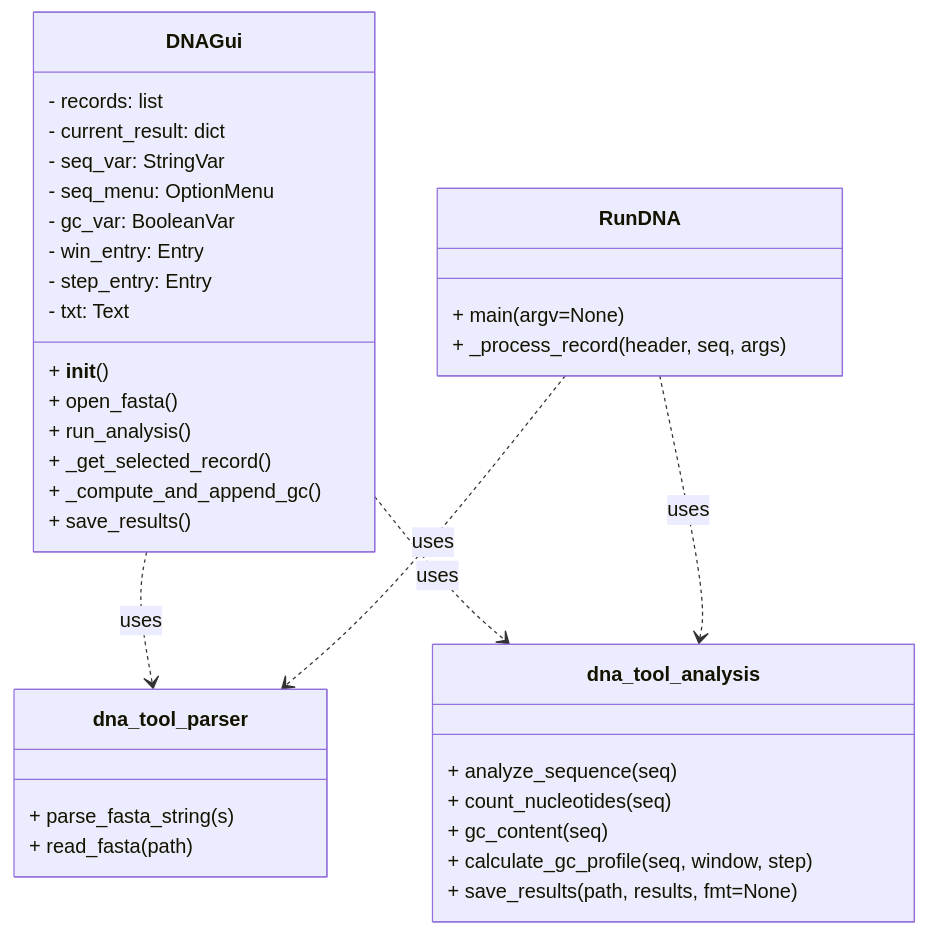
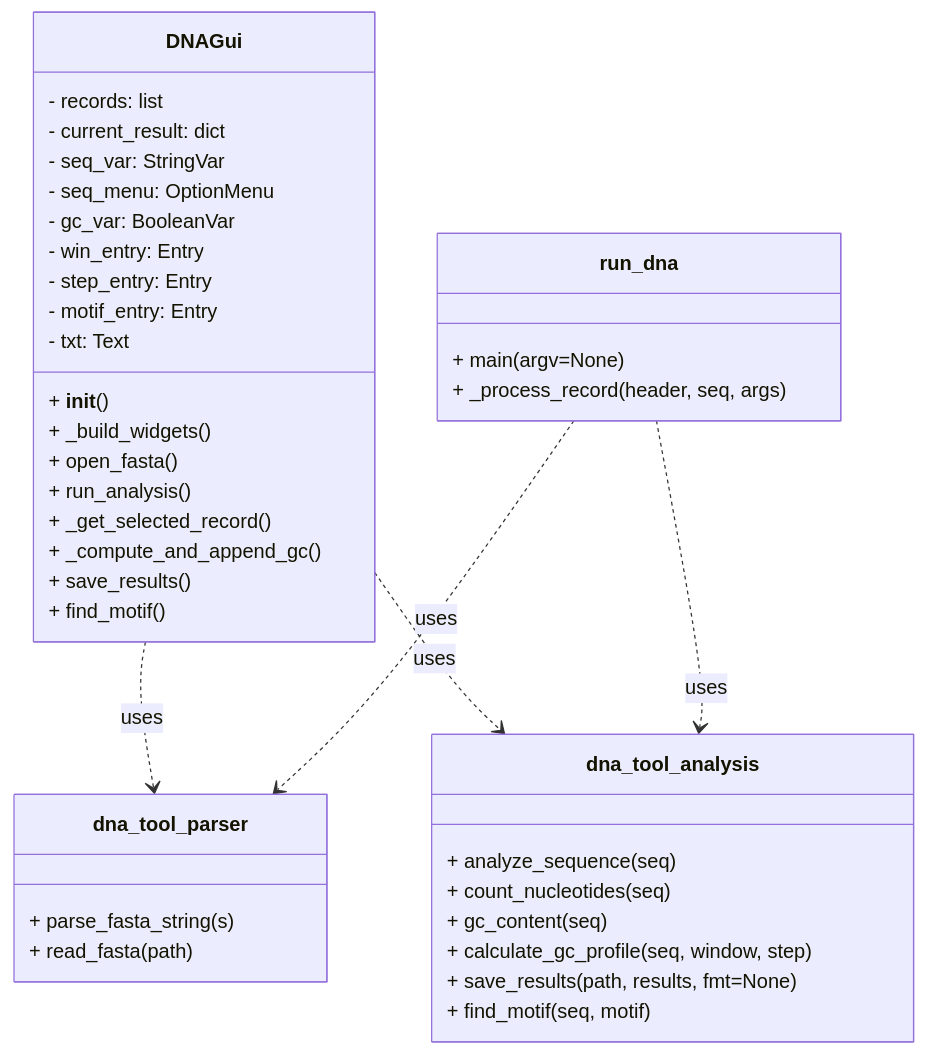
Before and after one commit to serze10/ot-harjoitustyo: the diagram in dokumentaatio/arkkitehtuuri.md, drawn with Mermaid. The commit also changed other lines of this file and 5 other files, not shown here.

````diff
--- a/dokumentaatio/arkkitehtuuri.md
+++ b/dokumentaatio/arkkitehtuuri.md
@@ -5,43 +5,47 @@
 ```mermaid
 classDiagram
 class dna_tool_parser {
   + parse_fasta_string(s)
   + read_fasta(path)
 }
 
 class dna_tool_analysis {
   + analyze_sequence(seq)
   + count_nucleotides(seq)
   + gc_content(seq)
   + calculate_gc_profile(seq, window, step)
   + save_results(path, results, fmt=None)
+  + find_motif(seq, motif)
 }
 
 class DNAGui {
   - records: list
   - current_result: dict
   - seq_var: StringVar
   - seq_menu: OptionMenu
   - gc_var: BooleanVar
   - win_entry: Entry
   - step_entry: Entry
+  - motif_entry: Entry
   - txt: Text
   + __init__()
+  + _build_widgets()
   + open_fasta()
   + run_analysis()
   + _get_selected_record()
   + _compute_and_append_gc()
   + save_results()
+  + find_motif()
 }
 
-class RunDNA {
+class run_dna {
   + main(argv=None)
   + _process_record(header, seq, args)
 }
 
 DNAGui ..> dna_tool_parser : uses
 DNAGui ..> dna_tool_analysis : uses
-RunDNA ..> dna_tool_parser : uses
-RunDNA ..> dna_tool_analysis : uses
+run_dna ..> dna_tool_parser : uses
+run_dna ..> dna_tool_analysis : uses
 
 ```
````
